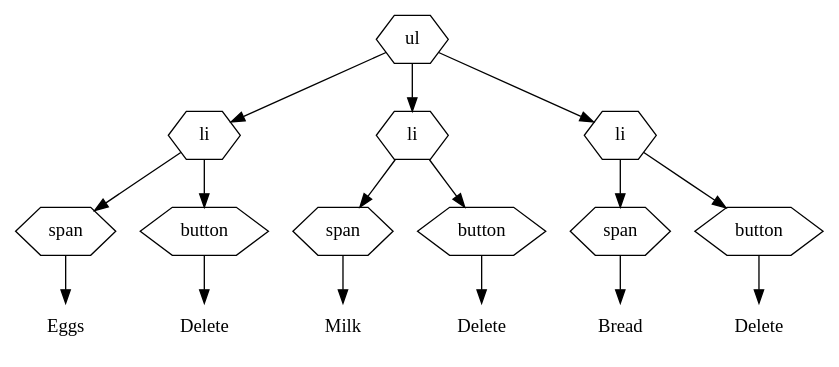
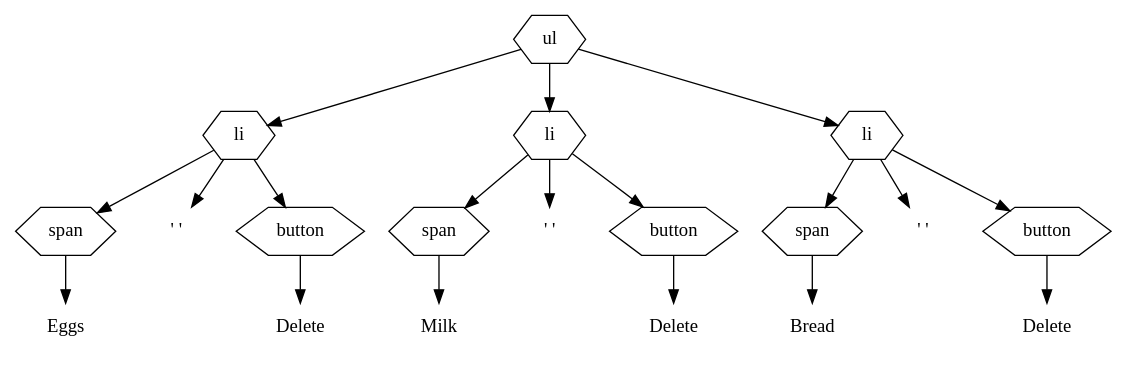
The second of 17 diagrams in courseware/week2/shopping/shopping.org (nikclayton/web-courseware), drawn with Graphviz before and after one commit. The commit also changed other lines of this file and 2 other files, not shown here.

Commit message:
Include the blank space between the item and the delete button.

```diff
--- a/courseware/week2/shopping/shopping.org
+++ b/courseware/week2/shopping/shopping.org
@@ -1108,39 +1119,45 @@
  #+BEGIN_SRC dot :file list-item-graph2.svg :cmdline -Tsvg -Gstylesheet=../../graphviz.css
  digraph G {
    node [shape="hexagon"];
 
    ul -> {li1, li2, li3};
    li1 [label="li"];
    li1 -> span1
+   li1 -> space1
    li1 -> button1
 
    span1 [label="span"];
    span1 -> span_content1;
    span_content1 [label="Eggs" shape=none];
+   space1 [label="' '" shape=none];
    button1 [label="button"];
    button1 -> button_content1;
    button_content1 [label="Delete" shape=none];
 
    li2 [label="li"];
    li2 -> span2
+   li2 -> space2
    li2 -> button2
 
    span2 [label="span"];
    span2 -> span_content2;
    span_content2 [label="Milk" shape=none];
+   space2 [label="' '" shape=none];
    button2 [label="button"];
    button2 -> button_content2;
    button_content2 [label="Delete" shape=none];
 
    li3 [label="li"];
    li3 -> span3
+   li3 -> space3
    li3 -> button3
 
    span3 [label="span"];
    span3 -> span_content3;
    span_content3 [label="Bread" shape=none];
+   space3 [label="' '" shape=none];
    button3 [label="button"];
    button3 -> button_content3;
    button_content3 [label="Delete" shape=none];
  }
  #+END_SRC
```
